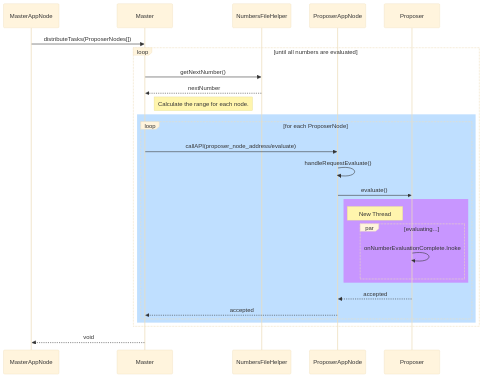
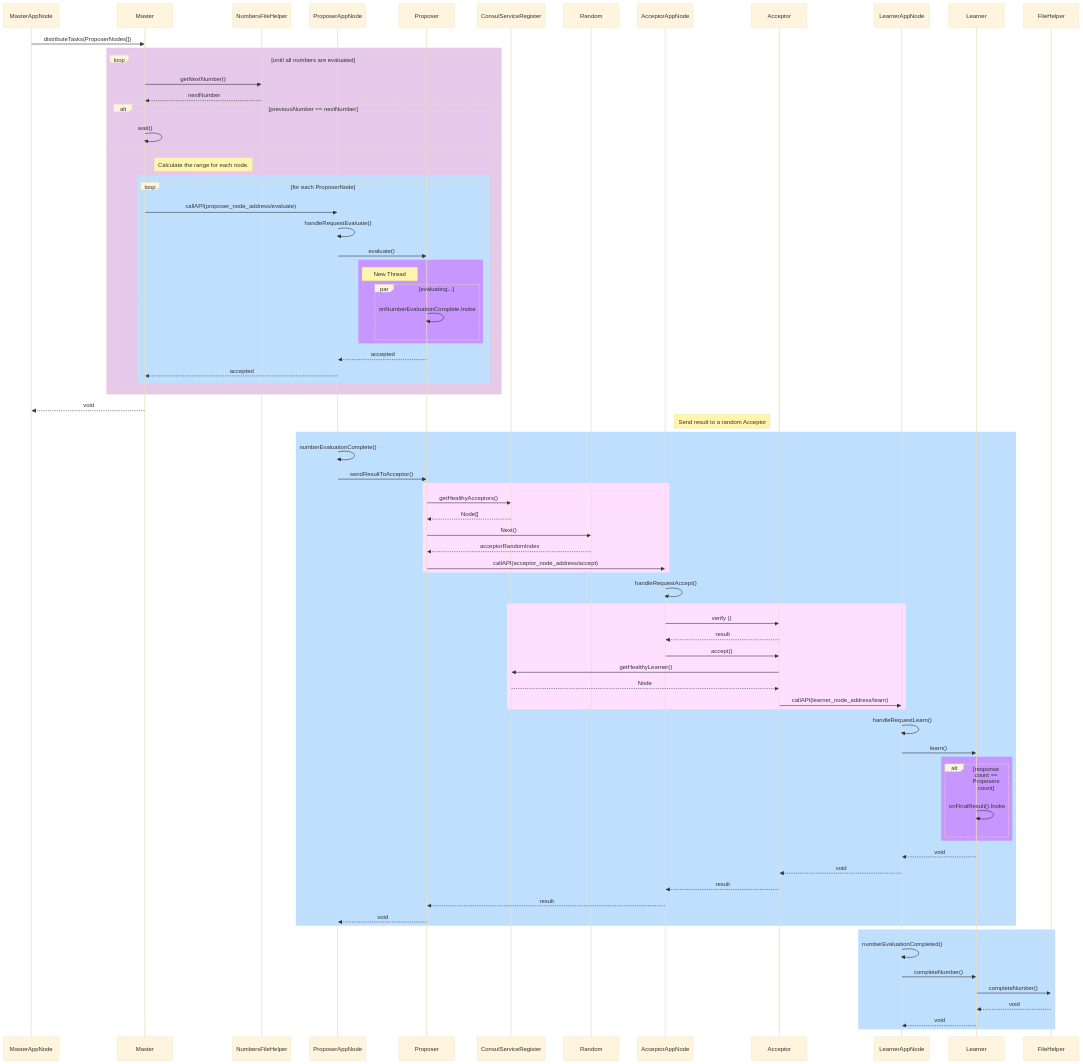
Before and after one commit to Kantha-Liyanage/DC-Assignment-Prime-Numbers: the diagram in docs/diagrams/seq-diagram-process.mmd, drawn with Mermaid (base theme).

Commit message:
Process Seq

```diff
--- a/docs/diagrams/seq-diagram-process.mmd
+++ b/docs/diagrams/seq-diagram-process.mmd
@@ -1,32 +1,92 @@
 sequenceDiagram
 
 participant MasterAppNode
 participant Master
 participant NumbersFileHelper
 participant ProposerAppNode
 participant Proposer
+participant ConsulServiceRegister
+participant Random
+participant AcceptorAppNode
+participant Acceptor
+participant LearnerAppNode
+participant Learner
+participant FileHelper
 
 # Distribute tasks
 MasterAppNode ->> Master : distributeTasks(ProposerNodes[])
 
+rect rgb(230, 200, 235)
 loop until all numbers are evaluated
     Master ->> NumbersFileHelper : getNextNumber()
     NumbersFileHelper -->> Master : nextNumber
-    Note left of NumbersFileHelper : Calculate the range for each node.
-    rect rgb(191, 223, 255)
-    loop for each ProposerNode
-        Master ->> ProposerAppNode : callAPI(proposer_node_address/evaluate)
-        ProposerAppNode ->> ProposerAppNode : handleRequestEvaluate()
-        ProposerAppNode ->> Proposer : evaluate()
-        rect rgb(200, 150, 255)
-        Note left of Proposer : New Thread
-        par evaluating...
-        Proposer ->> Proposer : onNumberEvaluationComplete.Inoke
+    alt previousNumber == nextNumber
+        Master ->> Master : wait()
+    else
+        Note left of NumbersFileHelper : Calculate the range for each node.
+        rect rgb(191, 223, 255)
+        loop for each ProposerNode
+            Master ->> ProposerAppNode : callAPI(proposer_node_address/evaluate)
+            ProposerAppNode ->> ProposerAppNode : handleRequestEvaluate()
+            ProposerAppNode ->> Proposer : evaluate()
+            rect rgb(200, 150, 255)
+            Note left of Proposer : New Thread
+            par evaluating...
+            Proposer ->> Proposer : onNumberEvaluationComplete.Inoke
+            end 
+            end
+            Proposer -->> ProposerAppNode : accepted
+            ProposerAppNode -->> Master : accepted
         end 
-        end
-        Proposer -->> ProposerAppNode : accepted
-        ProposerAppNode -->> Master : accepted
-    end 
+    end
     end
 end
+end
 Master -->> MasterAppNode : void
+
+# Get random Acceptor and send result to it
+Note left of Acceptor : Send result to a random Acceptor
+rect rgb(191, 223, 255)
+ProposerAppNode ->> ProposerAppNode : numberEvaluationComplete()
+ProposerAppNode ->> Proposer : sendResultToAcceptor()
+rect rgb(291, 223, 255)
+Proposer ->> ConsulServiceRegister : getHealthyAcceptors()
+ConsulServiceRegister -->> Proposer : Node[]
+Proposer ->> Random : Next()
+Random -->> Proposer : acceptorRandomIndex
+Proposer ->> AcceptorAppNode : callAPI(acceptor_node_address/accept)
+end
+AcceptorAppNode ->> AcceptorAppNode : handleRequestAccept()
+rect rgb(291, 223, 255)
+AcceptorAppNode ->> Acceptor : verify ()
+Acceptor -->> AcceptorAppNode : result
+AcceptorAppNode ->> Acceptor : accept()
+
+# Inform Learner
+Acceptor ->> ConsulServiceRegister : getHealthyLearner()
+ConsulServiceRegister -->> Acceptor : Node
+Acceptor ->> LearnerAppNode : callAPI(learner_node_address/learn)
+end
+
+LearnerAppNode ->> LearnerAppNode : handleRequestLearn()
+LearnerAppNode ->> Learner : learn()
+rect rgb(200, 150, 255)
+alt response count == Proposers count
+    Learner ->> Learner : onFinalResult().Inoke
+end
+end
+Learner -->> LearnerAppNode : void
+LearnerAppNode -->> Acceptor : void
+Acceptor -->> AcceptorAppNode : result
+AcceptorAppNode -->> Proposer : result
+Proposer -->> ProposerAppNode : void
+end
+
+# Number evaluation completed
+rect rgb(191, 223, 255)
+LearnerAppNode ->> LearnerAppNode : numberEvaluationCompleted()
+LearnerAppNode ->> Learner : completeNumber()
+Learner ->> FileHelper : completeNumber()
+FileHelper -->> Learner : void
+Learner -->> LearnerAppNode : void
+end
```
